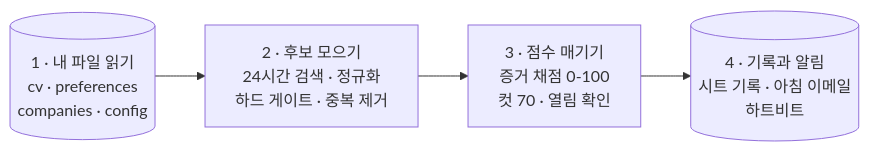
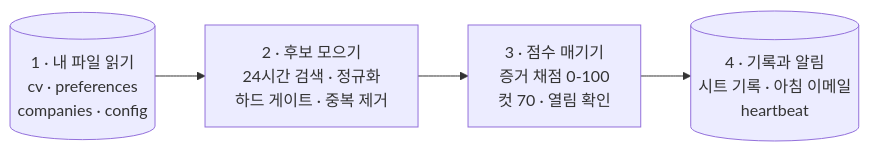
The diagram in README.ko-KR.md (Journey-512/catch-before-jobs-vanish), drawn with Mermaid before and after one commit. The commit also changed other lines of this file and 1 other file, not shown here.

````diff
--- a/README.ko-KR.md
+++ b/README.ko-KR.md
@@ -37,4 +116,4 @@
 ```mermaid
 flowchart LR
-  A[("1 · 내 파일 읽기<br/>cv · preferences<br/>companies · config")] --> B["2 · 후보 모으기<br/>24시간 검색 · 정규화<br/>하드 게이트 · 중복 제거"] --> C["3 · 점수 매기기<br/>증거 채점 0-100<br/>컷 70 · 열림 확인"] --> D[("4 · 기록과 알림<br/>시트 기록 · 아침 이메일<br/>하트비트")]
+  A[("1 · 내 파일 읽기<br/>cv · preferences<br/>companies · config")] --> B["2 · 후보 모으기<br/>24시간 검색 · 정규화<br/>하드 게이트 · 중복 제거"] --> C["3 · 점수 매기기<br/>증거 채점 0-100<br/>컷 70 · 열림 확인"] --> D[("4 · 기록과 알림<br/>시트 기록 · 아침 이메일<br/>heartbeat")]
 ```
````
